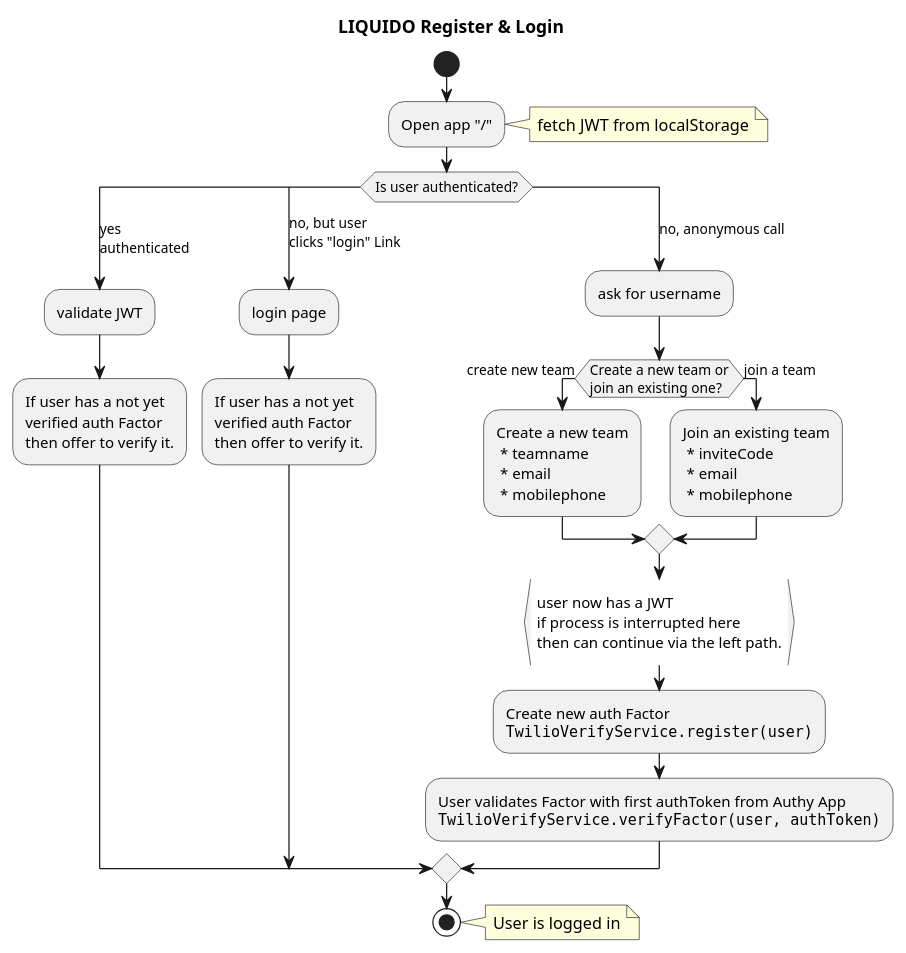
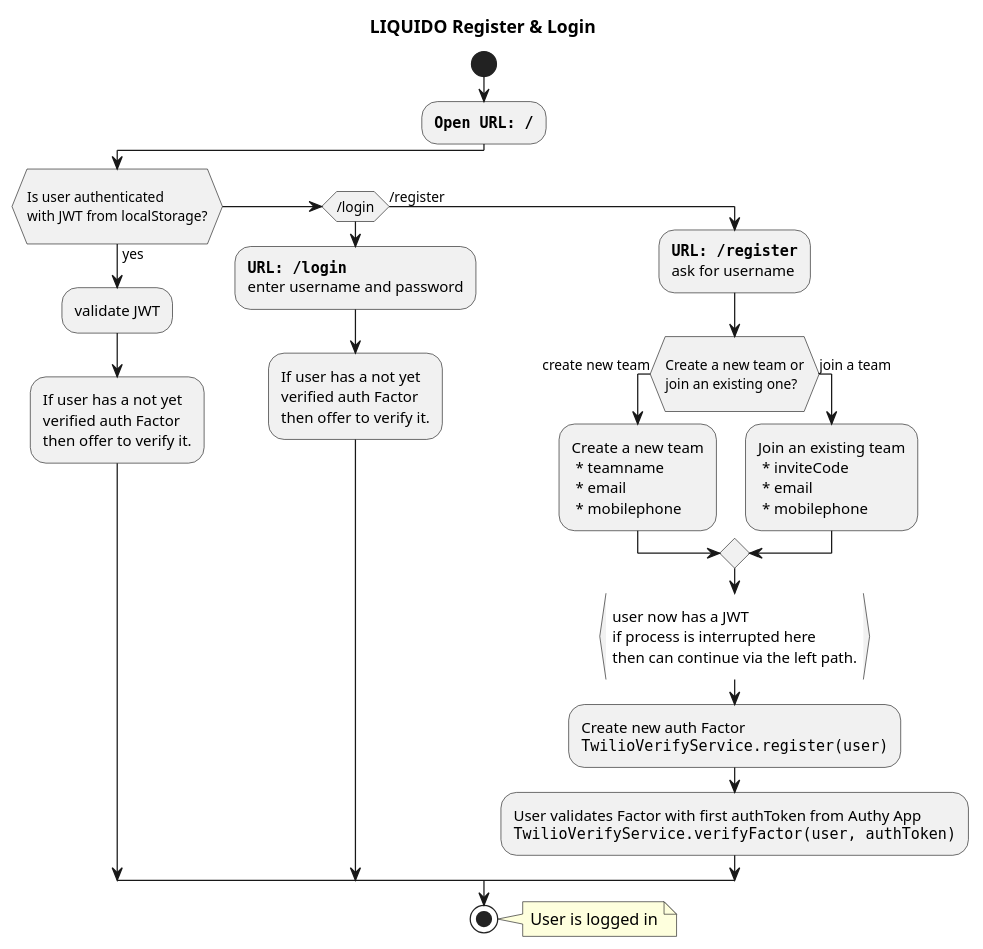
Before and after one commit to Doogiemuc/liquido-backend-quarkus: the diagram in docs/LoginAndRegister.plantuml, drawn with PlantUML. The commit also changed 7 other files, not shown here.

```diff
--- a/docs/LoginAndRegister.plantuml
+++ b/docs/LoginAndRegister.plantuml
@@ -1,69 +1,65 @@
 @startuml
 
 ' skin rose
 
 title LIQUIDO Register & Login
 
 start
 
-:Open app "/";
+:**""Open URL: /""**;
 
-note right
-  fetch JWT from localStorage
-end note
-
-switch (Is user authenticated?)
-
-case (yes\nauthenticated)
+if (\nIs user authenticated\nwith JWT from localStorage?\n) then (yes)
 
   :validate JWT;
 
   :If user has a not yet
   verified auth Factor
   then offer to verify it.;
 
-case (no, but user\nclicks "login" Link)
+elseif (/login)
 
-  :login page;
+  :**""URL: /login""**
+  enter username and password;
 
   :If user has a not yet
   verified auth Factor
   then offer to verify it.;
 
-case (no, anonymous call)
+else (/register)
 
-  :ask for username;
+  :**""URL: /register""**
+  ask for username;
 
-  if (Create a new team or\njoin an existing one?) then (create new team)
+  if (\nCreate a new team or\njoin an existing one?\n) then (create new team)
 
     :Create a new team
      * teamname
      * email
      * mobilephone;
 
   else (join a team)
 
     :Join an existing team
      * inviteCode
      * email
      * mobilephone;
 
   endif
 
   :user now has a JWT\nif process is interrupted here\nthen can continue via the left path.}
 
   :Create new auth Factor
   ""TwilioVerifyService.register(user)"";
 
   :User validates Factor with first authToken from Authy App
   ""TwilioVerifyService.verifyFactor(user, authToken)"";
 
-endswitch
+endif
 
 stop
 
 note right
   User is logged in
 end note
 
 @enduml
```
